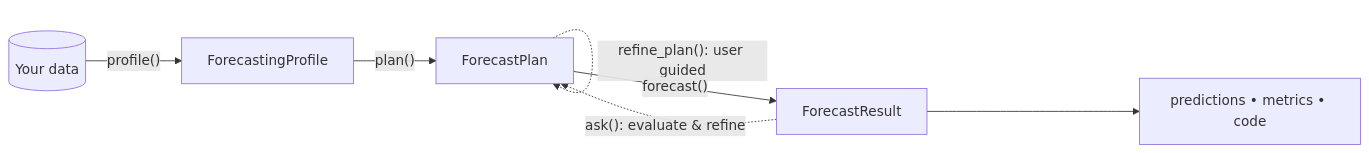
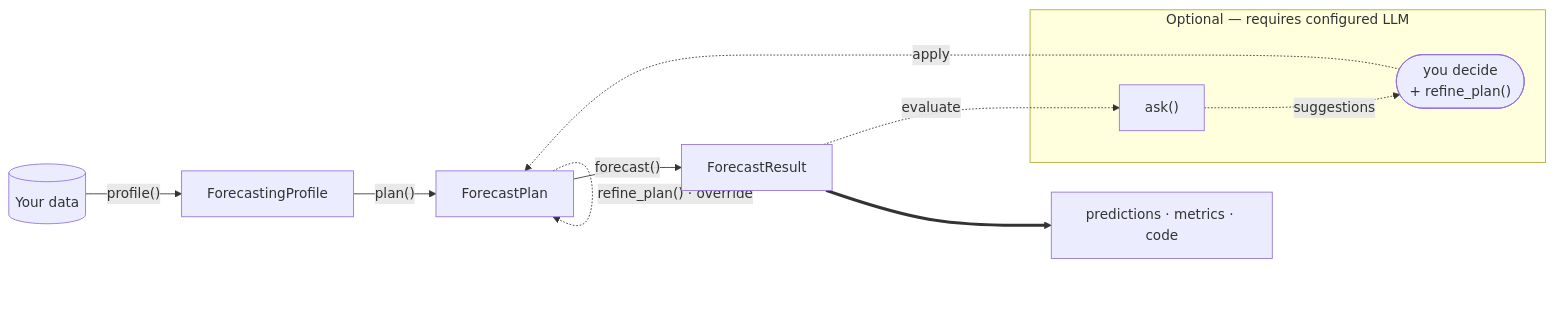
The diagram in docs/user_guides/the-forecasting-workflow.md (skforecast/skforecast-ai), drawn with Mermaid before and after one commit. The commit also changed other lines of this file, not shown here.

````diff
--- a/docs/user_guides/the-forecasting-workflow.md
+++ b/docs/user_guides/the-forecasting-workflow.md
@@ -7,9 +7,17 @@
 ```mermaid
 flowchart LR
     A[(Your data)] -->|"profile()"| B[ForecastingProfile]
     B -->|"plan()"| C[ForecastPlan]
-    C -.->|"refine_plan(): user guided"| C
+    C -.->|"refine_plan() · override"| C
     C -->|"forecast()"| D[ForecastResult]
-    D -.->|"ask(): evaluate & refine"| C
-    D --> E[predictions • metrics • code]
+    D ==> E["predictions · metrics · code"]
+
+    subgraph llm["Optional — requires configured LLM"]
+        F["ask()"]
+        G(["you decide\n+ refine_plan()"])
+        F -.->|suggestions| G
+    end
+
+    D -. evaluate .-> F
+    G -. apply .-> C
 ```
````
